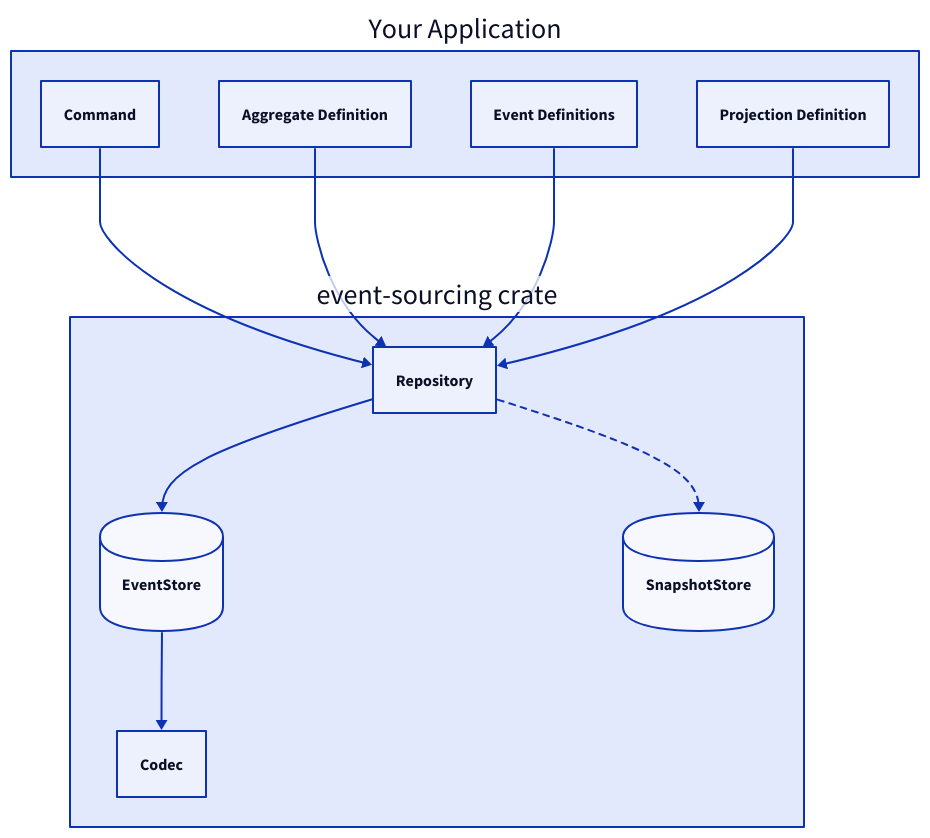
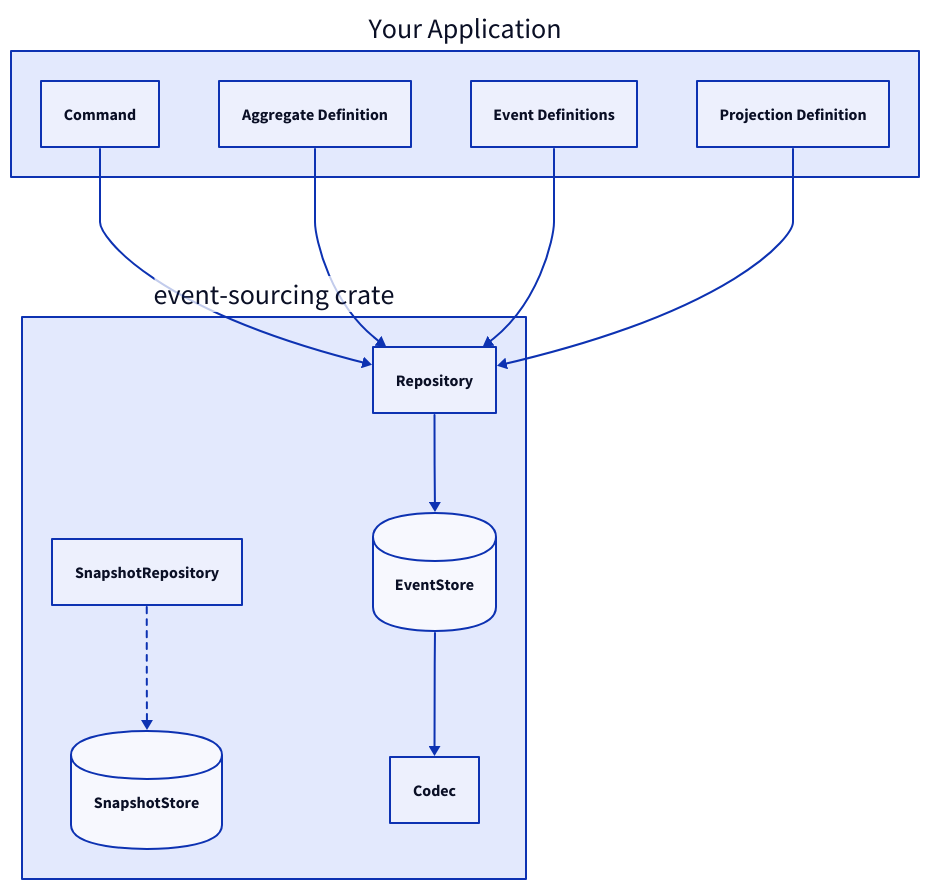
One commit to danieleades/event-sourcing changed the first of 4 diagrams in docs/src/concepts/architecture.md. Above: the diagram before and after it, drawn with D2. The commit also changed other lines of this file and 36 other files, not shown here.

````diff
--- a/docs/src/concepts/architecture.md
+++ b/docs/src/concepts/architecture.md
@@ -7,24 +7,25 @@
 ```d2
 App: "Your Application" {
   Command
   Aggregate Definition
   Event Definitions
   Projection Definition
 }
 
 Crate: "event-sourcing crate" {
   Repository
+  SnapshotRepository
   EventStore {shape: cylinder}
   SnapshotStore {shape: cylinder}
   Codec
 
   Repository -> EventStore
-  Repository -> SnapshotStore: {style.stroke-dash: 3}
+  SnapshotRepository -> SnapshotStore: {style.stroke-dash: 3}
   EventStore -> Codec
 }
 
 App.Command -> Crate.Repository
 App.Aggregate Definition -> Crate.Repository
 App.Event Definitions -> Crate.Repository
 App.Projection Definition -> Crate.Repository
 ```
````
